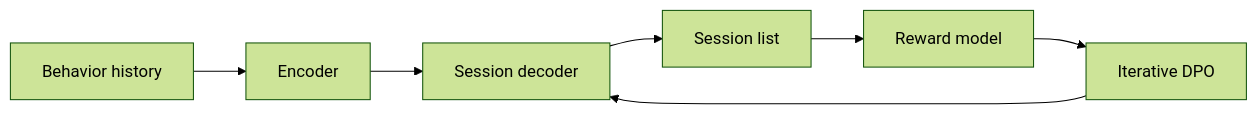
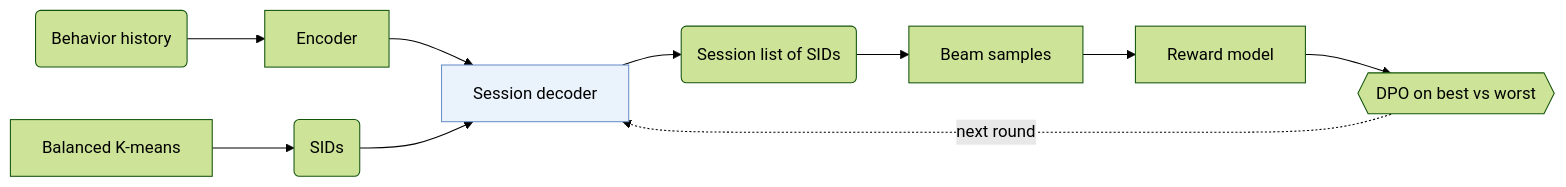
The diagram in notes/onerec.md (Galaxy-ghost/Awesome-SID-Generative-Rec), drawn with Mermaid (forest theme) before and after one commit. The commit also changed 521 other files, not shown here.

Commit message:
writer-04 part 3: algorithm diagrams with shared shape conventions, README hero and paper cards, archive removed

````diff
--- a/notes/onerec.md
+++ b/notes/onerec.md
@@ -15,9 +15,12 @@
 ```mermaid
 flowchart LR
-    A[Behavior history] --> B[Encoder]
-    B --> C[Session decoder]
-    C --> D[Session list]
-    D --> E[Reward model]
-    E --> F[Iterative DPO]
-    F --> C
+    A("Behavior history") --> B["Encoder"]
+    B --> C["Session decoder"]:::key
+    C --> D("Session list of SIDs")
+    E["Balanced K-means"] --> F("SIDs") --> C
+    D --> G["Beam samples"]
+    G --> H["Reward model"]
+    H --> L{{"DPO on best vs worst"}}
+    L -.->|next round| C
+    classDef key fill:#eaf2fb,stroke:#6b8fc7
 ```
````
